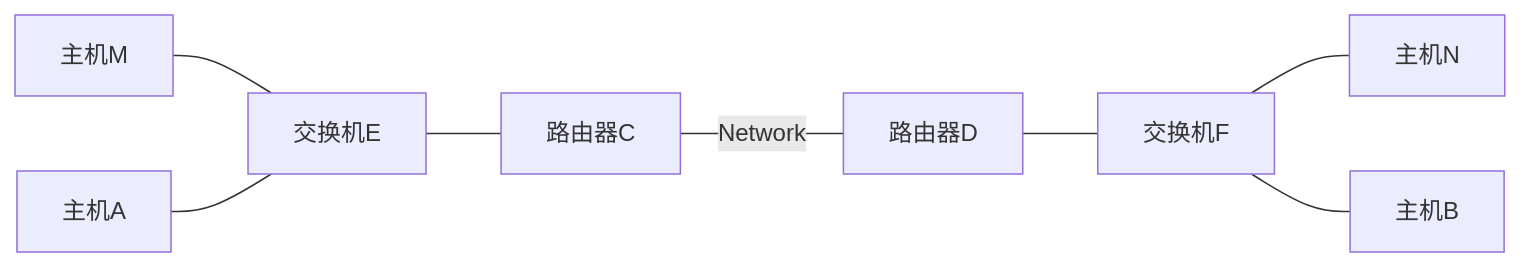
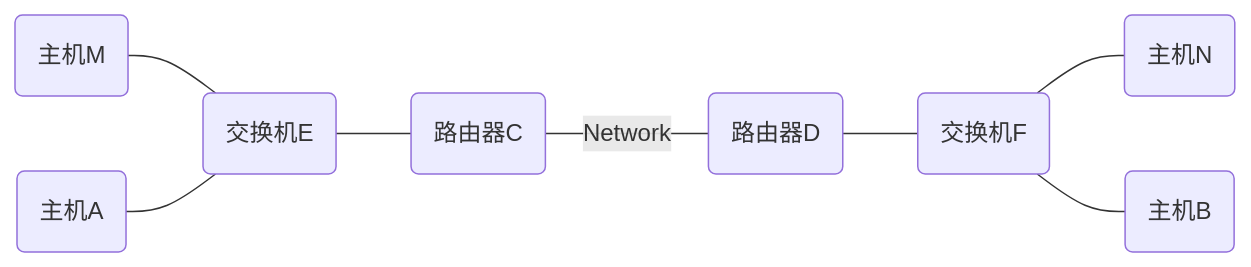
The diagram in network/router流程.md (tongyishu/note), drawn with Mermaid before and after one commit. The commit also changed 1 other file, not shown here.

Commit message:
update ovs

````diff
--- a/network/router流程.md
+++ b/network/router流程.md
@@ -10,10 +10,10 @@
 ```mermaid
 flowchart LR
-    主机M   ---          交换机E
-    主机A   ---          交换机E
-    交换机E ---          路由器C
-    路由器C ---|Network| 路由器D
-    路由器D ---          交换机F
-    交换机F ---          主机N
-    交换机F ---          主机B
+    id0(主机M)   ---          id1(交换机E)
+    id2(主机A)   ---          id1(交换机E)
+    id1(交换机E) ---          id3(路由器C)
+    id3(路由器C) ---|Network| id4(路由器D)
+    id4(路由器D) ---          id5(交换机F)
+    id5(交换机F) ---          id6(主机N)
+    id5(交换机F) ---          id7(主机B)
 ```
````
